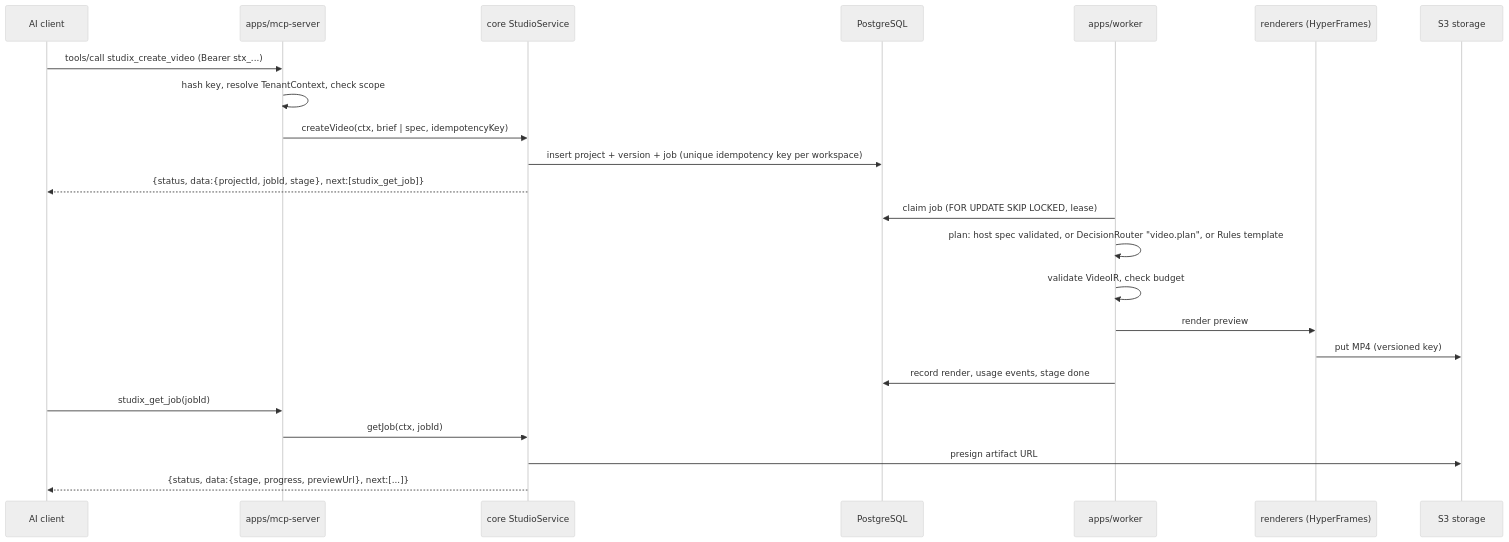
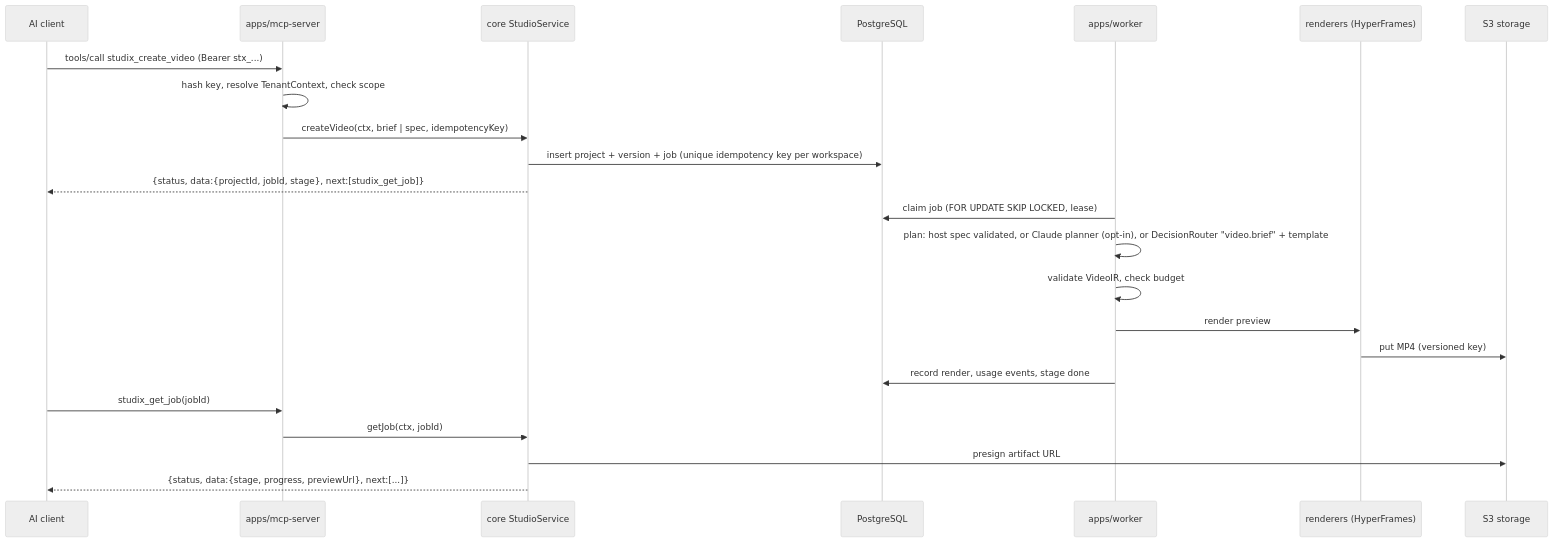
One commit to digitopvn/studix changed the second of 3 diagrams in docs/ARCHITECTURE.md. Above: the diagram before and after it, drawn with Mermaid (neutral theme). The commit also changed other lines of this file and 39 other files, not shown here.

First line of the commit message:
feat(worker): opt-in Claude Agent SDK planner for video.create (#52)

````diff
--- a/docs/ARCHITECTURE.md
+++ b/docs/ARCHITECTURE.md
@@ -83,25 +83,25 @@
 ```mermaid
 sequenceDiagram
   participant C as AI client
   participant M as apps/mcp-server
   participant S as core StudioService
   participant DB as PostgreSQL
   participant W as apps/worker
   participant R as renderers (HyperFrames)
   participant O as S3 storage
   C->>M: tools/call studix_create_video (Bearer stx_...)
   M->>M: hash key, resolve TenantContext, check scope
   M->>S: createVideo(ctx, brief | spec, idempotencyKey)
   S->>DB: insert project + version + job (unique idempotency key per workspace)
   S-->>C: {status, data:{projectId, jobId, stage}, next:[studix_get_job]}
   W->>DB: claim job (FOR UPDATE SKIP LOCKED, lease)
-  W->>W: plan: host spec validated, or DecisionRouter "video.plan", or Rules template
+  W->>W: plan: host spec validated, or Claude planner (opt-in), or DecisionRouter "video.brief" + template
   W->>W: validate VideoIR, check budget
   W->>R: render preview
   R->>O: put MP4 (versioned key)
   W->>DB: record render, usage events, stage done
   C->>M: studix_get_job(jobId)
   M->>S: getJob(ctx, jobId)
   S->>O: presign artifact URL
   S-->>C: {status, data:{stage, progress, previewUrl}, next:[...]}
 ```
````
